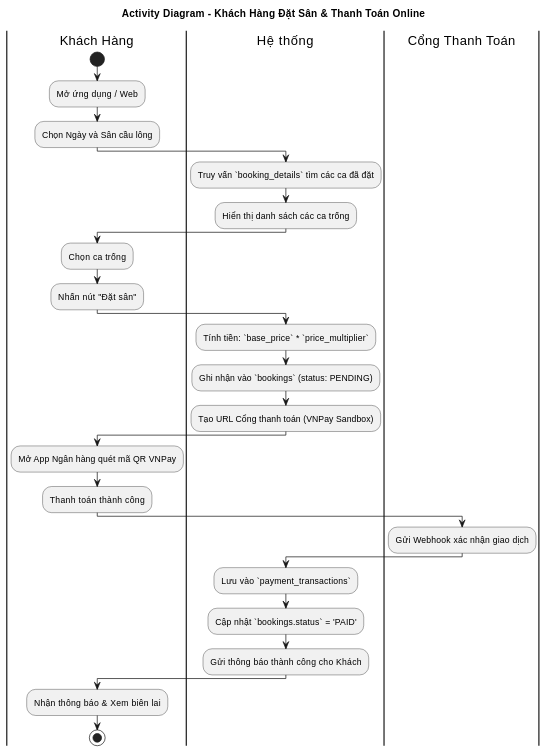
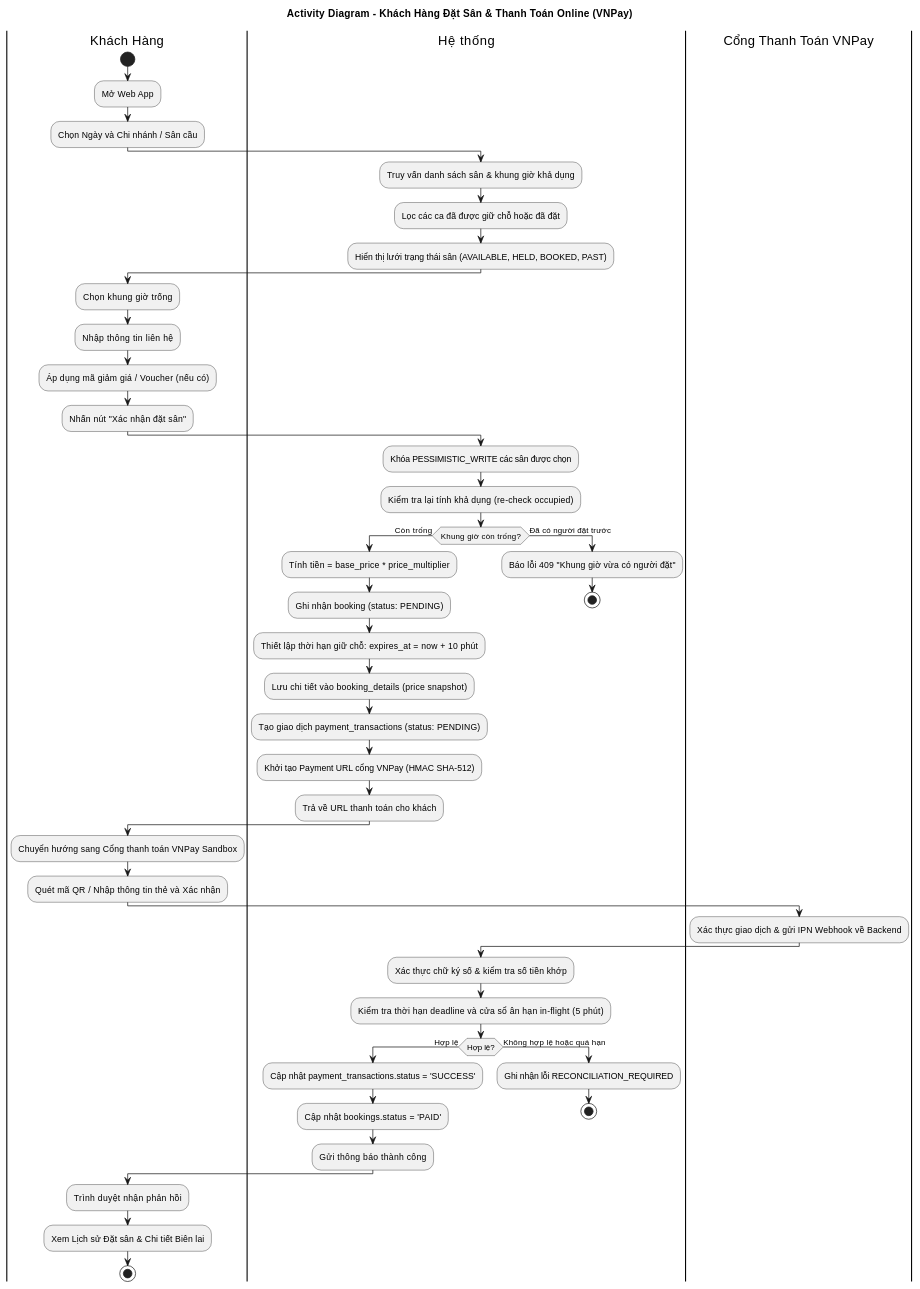
Before and after one commit to hung-it/Badminton_Court_Management: the first of 4 diagrams in docs/activity.md, drawn with PlantUML. The commit also changed other lines of this file and 62 other files, not shown here.

````diff
--- a/docs/activity.md
+++ b/docs/activity.md
@@ -11,40 +10,62 @@
 ```plantuml
 @startuml
-title Activity Diagram - Khách Hàng Đặt Sân & Thanh Toán Online
+title Activity Diagram - Khách Hàng Đặt Sân & Thanh Toán Online (VNPay)
 skinparam maxMessageSize 150
 
 |Khách Hàng|
 start
-:Mở ứng dụng / Web;
-:Chọn Ngày và Sân cầu lông;
+:Mở Web App;
+:Chọn Ngày và Chi nhánh / Sân cầu;
 
 |Hệ thống|
-:Truy vấn `booking_details` tìm các ca đã đặt;
-:Hiển thị danh sách các ca trống;
+:Truy vấn danh sách sân & khung giờ khả dụng;
+:Lọc các ca đã được giữ chỗ hoặc đã đặt;
+:Hiển thị lưới trạng thái sân (AVAILABLE, HELD, BOOKED, PAST);
 
 |Khách Hàng|
-:Chọn ca trống;
-:Nhấn nút "Đặt sân";
+:Chọn khung giờ trống;
+:Nhập thông tin liên hệ;
+:Áp dụng mã giảm giá / Voucher (nếu có);
+:Nhấn nút "Xác nhận đặt sân";
 
 |Hệ thống|
-:Tính tiền: `base_price` * `price_multiplier`;
-:Ghi nhận vào `bookings` (status: PENDING);
-:Tạo URL Cổng thanh toán (VNPay Sandbox);
+:Khóa PESSIMISTIC_WRITE các sân được chọn;
+:Kiểm tra lại tính khả dụng (re-check occupied);
+if (Khung giờ còn trống?) then (Còn trống)
+  :Tính tiền = base_price * price_multiplier;
+  :Ghi nhận booking (status: PENDING);
+  :Thiết lập thời hạn giữ chỗ: expires_at = now + 10 phút;
+  :Lưu chi tiết vào booking_details (price snapshot);
+  :Tạo giao dịch payment_transactions (status: PENDING);
+  :Khởi tạo Payment URL cổng VNPay (HMAC SHA-512);
+  :Trả về URL thanh toán cho khách;
+else (Đã có người đặt trước)
+  :Báo lỗi 409 "Khung giờ vừa có người đặt";
+  stop
+endif
 
 |Khách Hàng|
-:Mở App Ngân hàng quét mã QR VNPay;
-:Thanh toán thành công;
+:Chuyển hướng sang Cổng thanh toán VNPay Sandbox;
+:Quét mã QR / Nhập thông tin thẻ và Xác nhận;
 
-|Cổng Thanh Toán|
-:Gửi Webhook xác nhận giao dịch;
+|Cổng Thanh Toán VNPay|
+:Xác thực giao dịch & gửi IPN Webhook về Backend;
 
 |Hệ thống|
-:Lưu vào `payment_transactions`;
-:Cập nhật `bookings.status` = 'PAID';
-:Gửi thông báo thành công cho Khách;
+:Xác thực chữ ký số & kiểm tra số tiền khớp;
+:Kiểm tra thời hạn deadline và cửa sổ ân hạn in-flight (5 phút);
+if (Hợp lệ?) then (Hợp lệ)
+  :Cập nhật payment_transactions.status = 'SUCCESS';
+  :Cập nhật bookings.status = 'PAID';
+  :Gửi thông báo thành công;
+else (Không hợp lệ hoặc quá hạn)
+  :Ghi nhận lỗi RECONCILIATION_REQUIRED;
+  stop
+endif
 
 |Khách Hàng|
-:Nhận thông báo & Xem biên lai;
+:Trình duyệt nhận phản hồi;
+:Xem Lịch sử Đặt sân & Chi tiết Biên lai;
 stop
 @enduml
 ```
````
